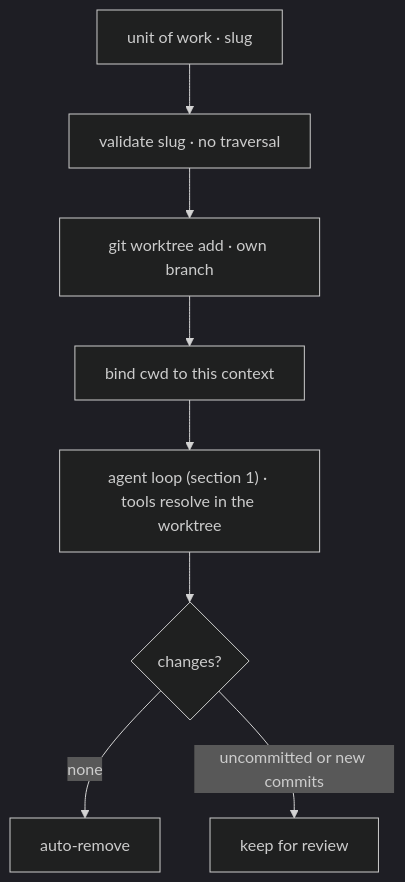
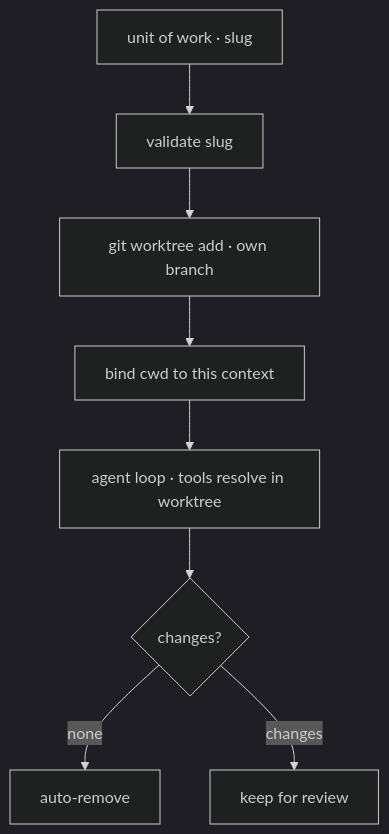
Before and after one commit to hardness1020/awesome-agent-architecture: the diagram in sections/15-worktree-isolation/README.md, drawn with Mermaid (dark theme). The commit also changed other lines of this file and 16 other files, not shown here.

````diff
--- a/sections/15-worktree-isolation/README.md
+++ b/sections/15-worktree-isolation/README.md
@@ -20,10 +31,10 @@
 ```mermaid
 flowchart TB
-    T["unit of work · slug"] --> V["validate slug · no traversal"]
+    T["unit of work · slug"] --> V["validate slug"]
     V --> W["git worktree add · own branch"]
     W --> B["bind cwd to this context"]
-    B --> R["agent loop (section 1) · tools resolve in the worktree"]
+    B --> R["agent loop · tools resolve in worktree"]
     R --> C{"changes?"}
     C -->|none| X["auto-remove"]
-    C -->|"uncommitted or new commits"| K["keep for review"]
+    C -->|"changes"| K["keep for review"]
 ```
````
